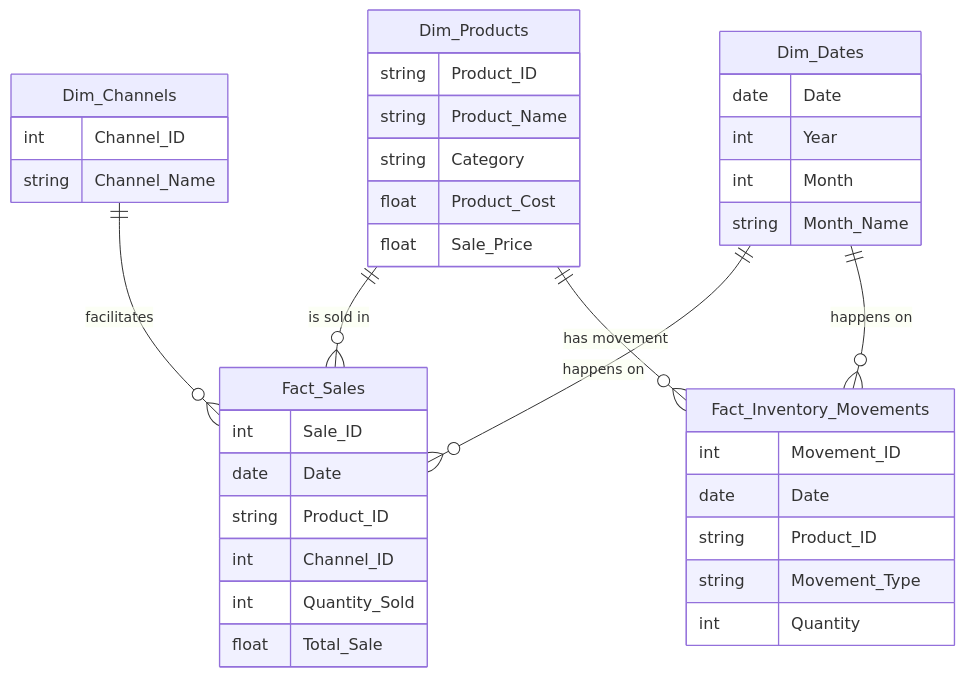
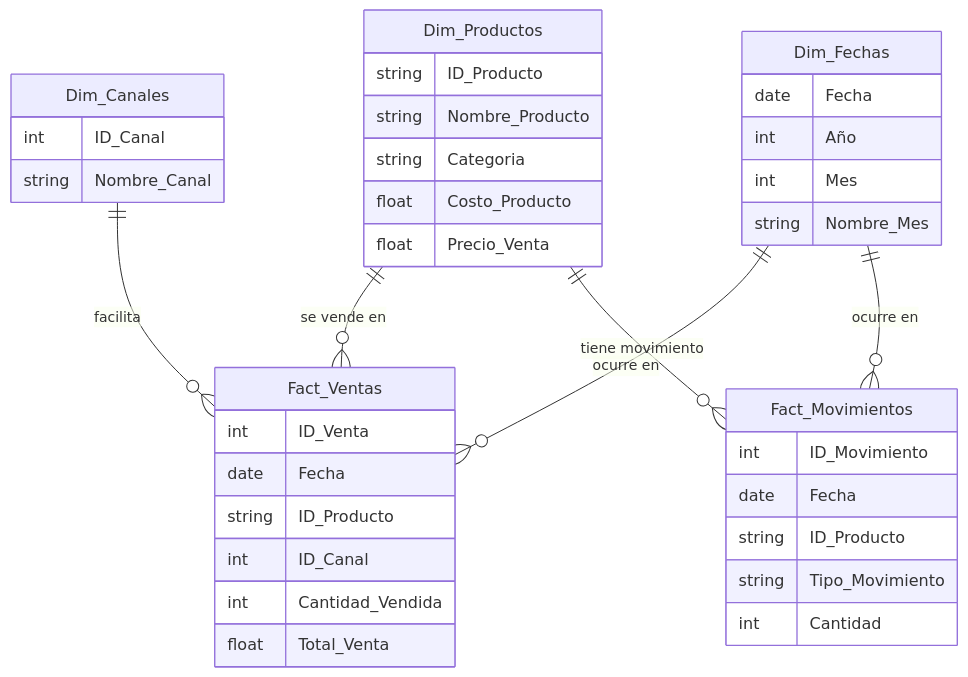
The diagram in README.md (hsnchez/inventory-sales-dashboard), drawn with Mermaid before and after one commit. The commit also changed 2 other files, not shown here.

Commit message:
docs: se actualiza ruta de png y esquema en español de readme

````diff
--- a/README.md
+++ b/README.md
@@ -32,41 +32,41 @@
 ```mermaid
 erDiagram
-    Dim_Products ||--o{ Fact_Sales : "is sold in"
-    Dim_Products ||--o{ Fact_Inventory_Movements : "has movement"
-    Dim_Channels ||--o{ Fact_Sales : "facilitates"
-    Dim_Dates ||--o{ Fact_Sales : "happens on"
-    Dim_Dates ||--o{ Fact_Inventory_Movements : "happens on"
+    Dim_Productos ||--o{ Fact_Ventas : "se vende en"
+    Dim_Productos ||--o{ Fact_Movimientos : "tiene movimiento"
+    Dim_Canales ||--o{ Fact_Ventas : "facilita"
+    Dim_Fechas ||--o{ Fact_Ventas : "ocurre en"
+    Dim_Fechas ||--o{ Fact_Movimientos : "ocurre en"
 
-    Dim_Products {
-        string Product_ID
-        string Product_Name
-        string Category
-        float Product_Cost
-        float Sale_Price
+    Dim_Productos {
+        string ID_Producto
+        string Nombre_Producto
+        string Categoria
+        float Costo_Producto
+        float Precio_Venta
     }
-    Dim_Channels {
-        int Channel_ID
-        string Channel_Name
+    Dim_Canales {
+        int ID_Canal
+        string Nombre_Canal
     }
-    Dim_Dates {
-        date Date
-        int Year
-        int Month
-        string Month_Name
+    Dim_Fechas {
+        date Fecha
+        int Año
+        int Mes
+        string Nombre_Mes
     }
-    Fact_Sales {
-        int Sale_ID
-        date Date
-        string Product_ID
-        int Channel_ID
-        int Quantity_Sold
-        float Total_Sale
+    Fact_Ventas {
+        int ID_Venta
+        date Fecha
+        string ID_Producto
+        int ID_Canal
+        int Cantidad_Vendida
+        float Total_Venta
     }
-    Fact_Inventory_Movements {
-        int Movement_ID
-        date Date
-        string Product_ID
-        string Movement_Type
-        int Quantity
+    Fact_Movimientos {
+        int ID_Movimiento
+        date Fecha
+        string ID_Producto
+        string Tipo_Movimiento
+        int Cantidad
     }
 ```
````
